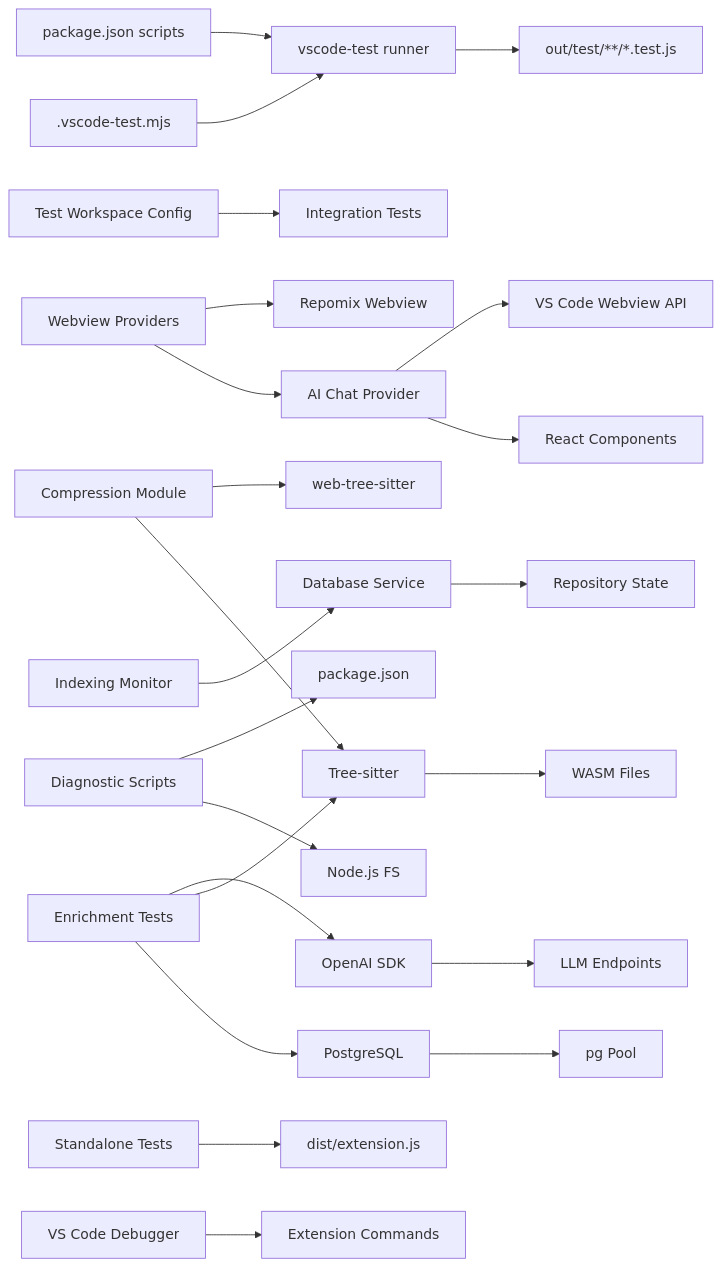
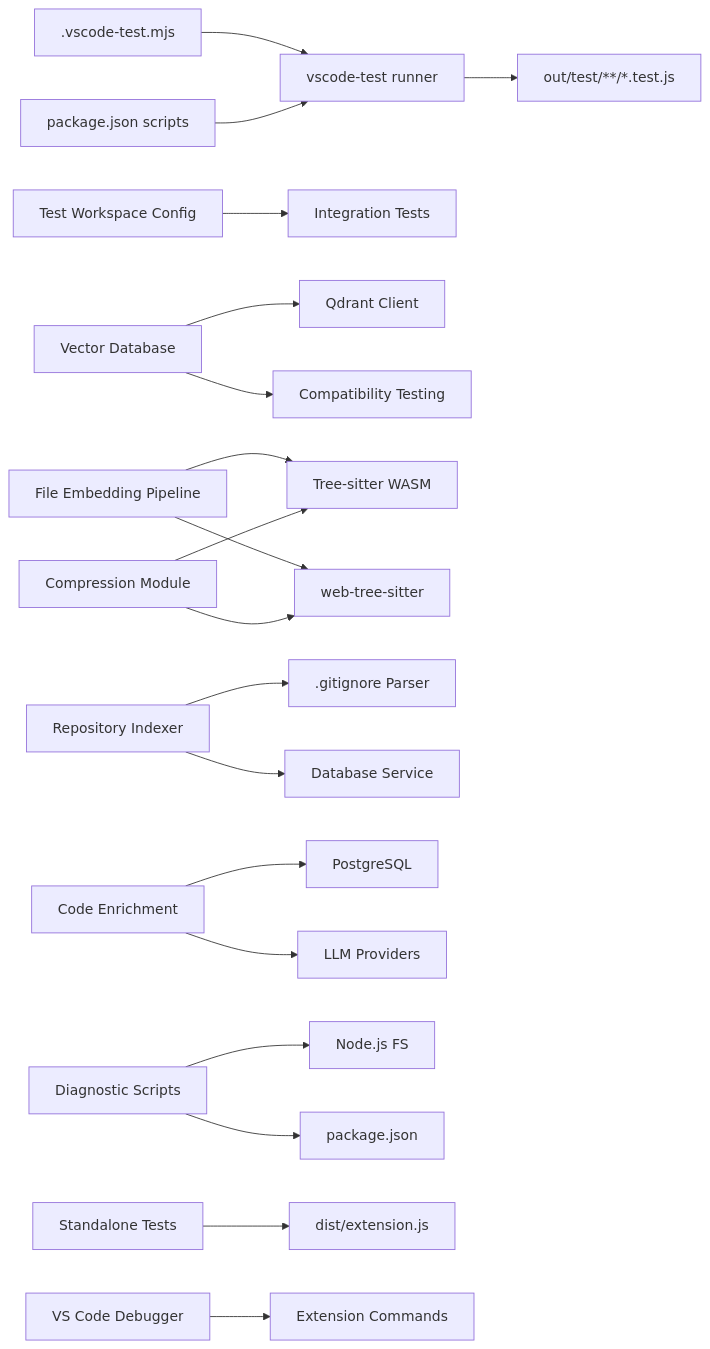
Before and after one commit to bramburn/repomix-runner: diagram 20 of 20 in .qoder/repowiki/en/content/Testing Framework/Testing Framework.md, drawn with Mermaid. The commit also changed other lines of this file and 41 other files, not shown here.

````diff
--- a/.qoder/repowiki/en/content/Testing Framework/Testing Framework.md
+++ b/.qoder/repowiki/en/content/Testing Framework/Testing Framework.md
@@ -771,25 +700,21 @@
 ```mermaid
 graph LR
 CFG[".vscode-test.mjs"] --> RUN["vscode-test runner"]
 PKG["package.json scripts"] --> RUN
 RUN --> OUT["out/test/**/*.test.js"]
 WS["Test Workspace Config"] --> IT["Integration Tests"]
-COMP["Compression Module"] --> TS["Tree-sitter WASM"]
-COMP --> WTS["web-tree-sitter"]
-WV["Webview Providers"] --> AC["AI Chat Provider"]
-WV --> RW["Repomix Webview"]
-AC --> REACT["React Components"]
-AC --> VSAPI["VS Code Webview API"]
-IDX["Indexing Monitor"] --> DB["Database Service"]
-DB --> REPO["Repository State"]
+VDB["Vector Database"] --> QDRANT["Qdrant Client"]
+VDB --> COMPAT["Compatibility Testing"]
+FILEPIPE["File Embedding Pipeline"] --> TS["Tree-sitter WASM"]
+FILEPIPE --> WTS["web-tree-sitter"]
+REPOIDX["Repository Indexer"] --> GITIGNORE[".gitignore Parser"]
+REPOIDX --> DB["Database Service"]
+ENRICH["Code Enrichment"] --> POSTGRES["PostgreSQL"]
+ENRICH --> LLM["LLM Providers"]
+COMP["Compression Module"] --> TS
+COMP --> WTS
 DIAG["Diagnostic Scripts"] --> NODE["Node.js FS"]
 DIAG --> PKG2["package.json"]
 STANDALONE["Standalone Tests"] --> DIST["dist/extension.js"]
 VSDEBUG["VS Code Debugger"] --> EXT["Extension Commands"]
-ENR["Enrichment Tests"] --> PG["PostgreSQL"]
-ENR --> TS["Tree-sitter"]
-ENR --> OPENAI["OpenAI SDK"]
-PG --> POOL["pg Pool"]
-TS --> WASM["WASM Files"]
-OPENAI --> ENDPOINT["LLM Endpoints"]
 ```
````
